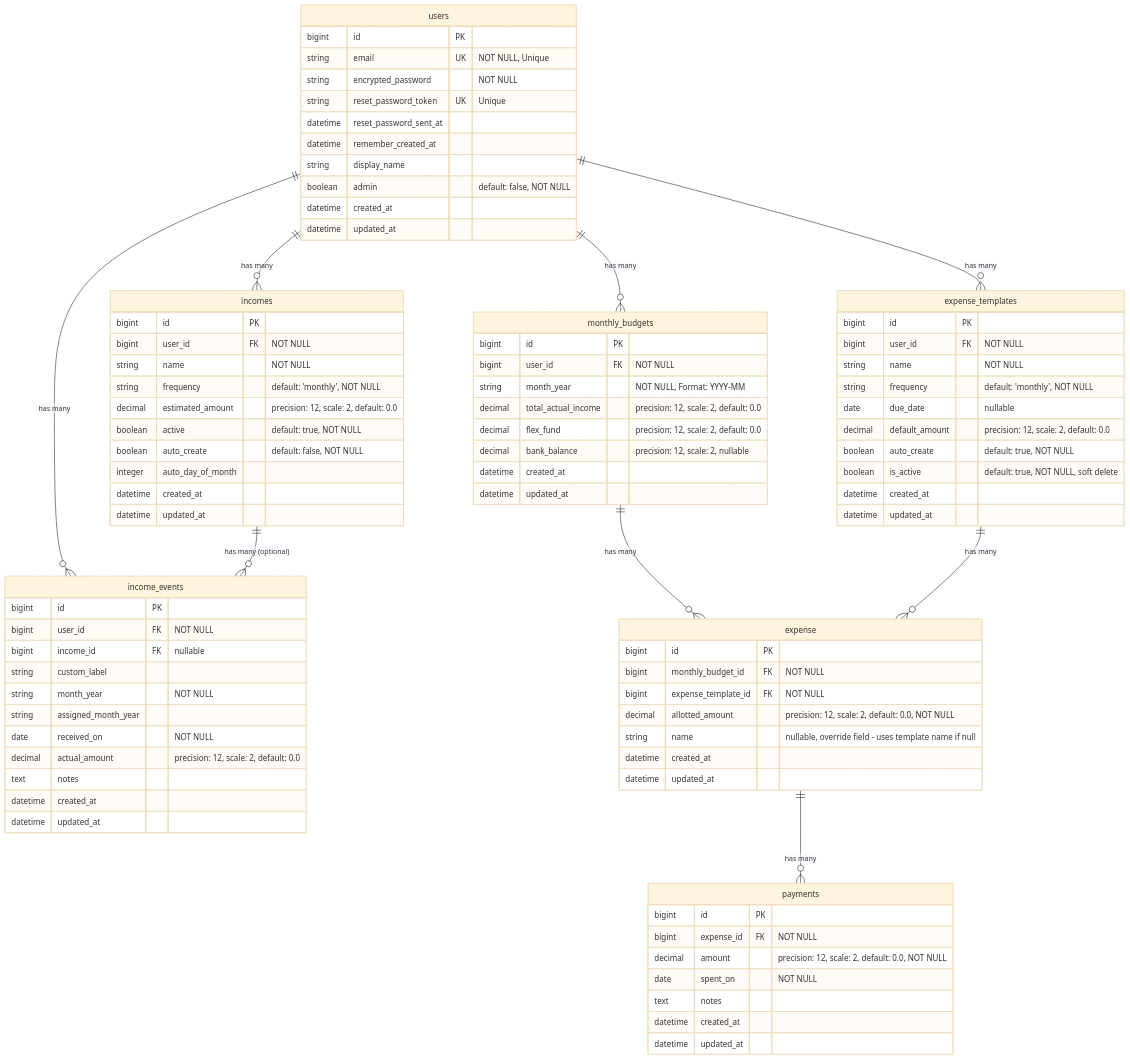
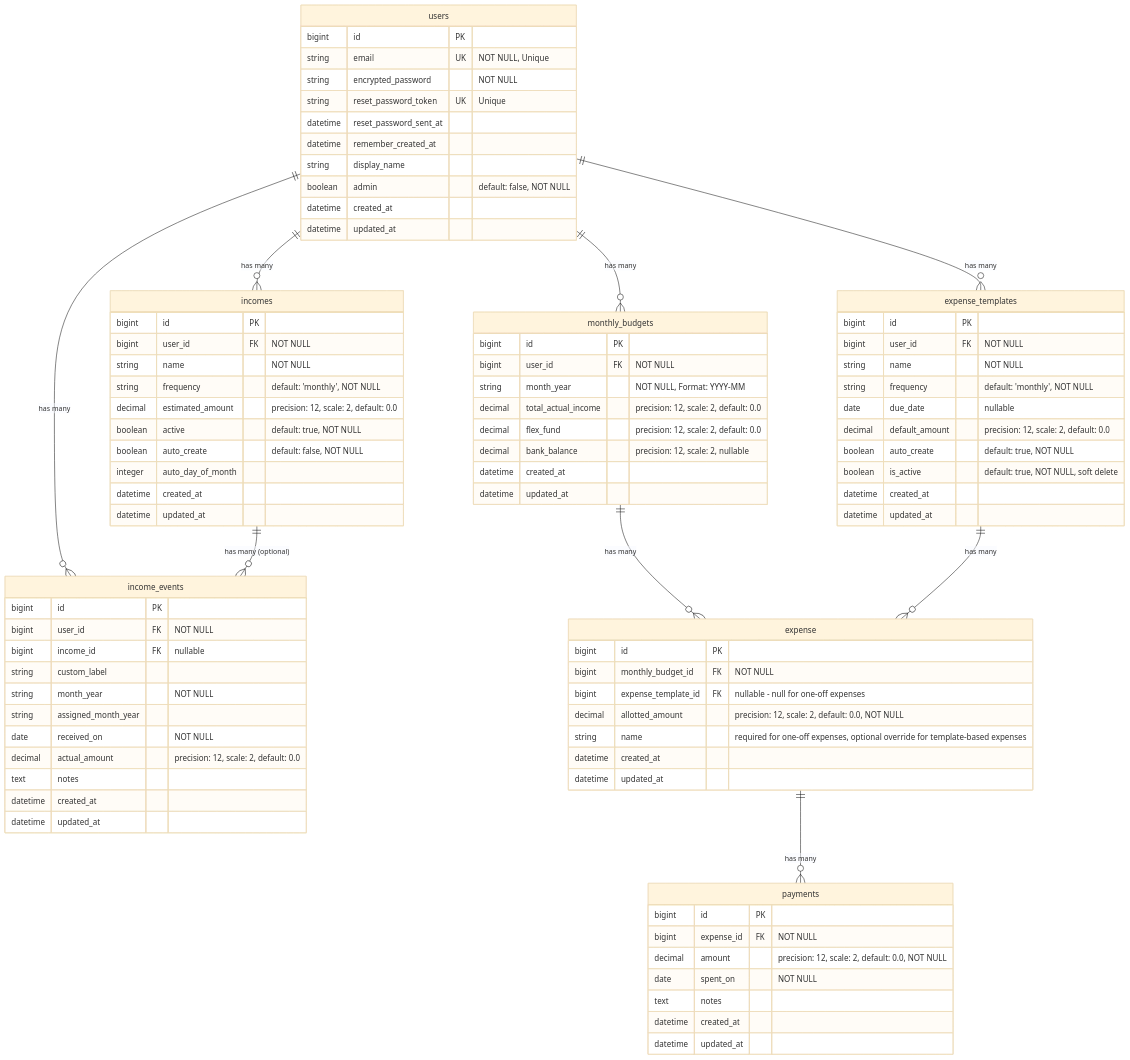
One commit to hedleydonna/coincritters changed the diagram in docs/other/er_diagram.md. Above: the diagram before and after it, drawn with Mermaid (base theme). The commit also changed other lines of this file and 15 other files, not shown here.

Commit message:
fixed one-off expense

```diff
--- a/docs/other/er_diagram.md
+++ b/docs/other/er_diagram.md
@@ -73,9 +73,9 @@
     expense {
         bigint id PK
         bigint monthly_budget_id FK "NOT NULL"
-        bigint expense_template_id FK "NOT NULL"
+        bigint expense_template_id FK "nullable - null for one-off expenses"
         decimal allotted_amount "precision: 12, scale: 2, default: 0.0, NOT NULL"
-        string name "nullable, override field - uses template name if null"
+        string name "required for one-off expenses, optional override for template-based expenses"
         datetime created_at
         datetime updated_at
     }
```
